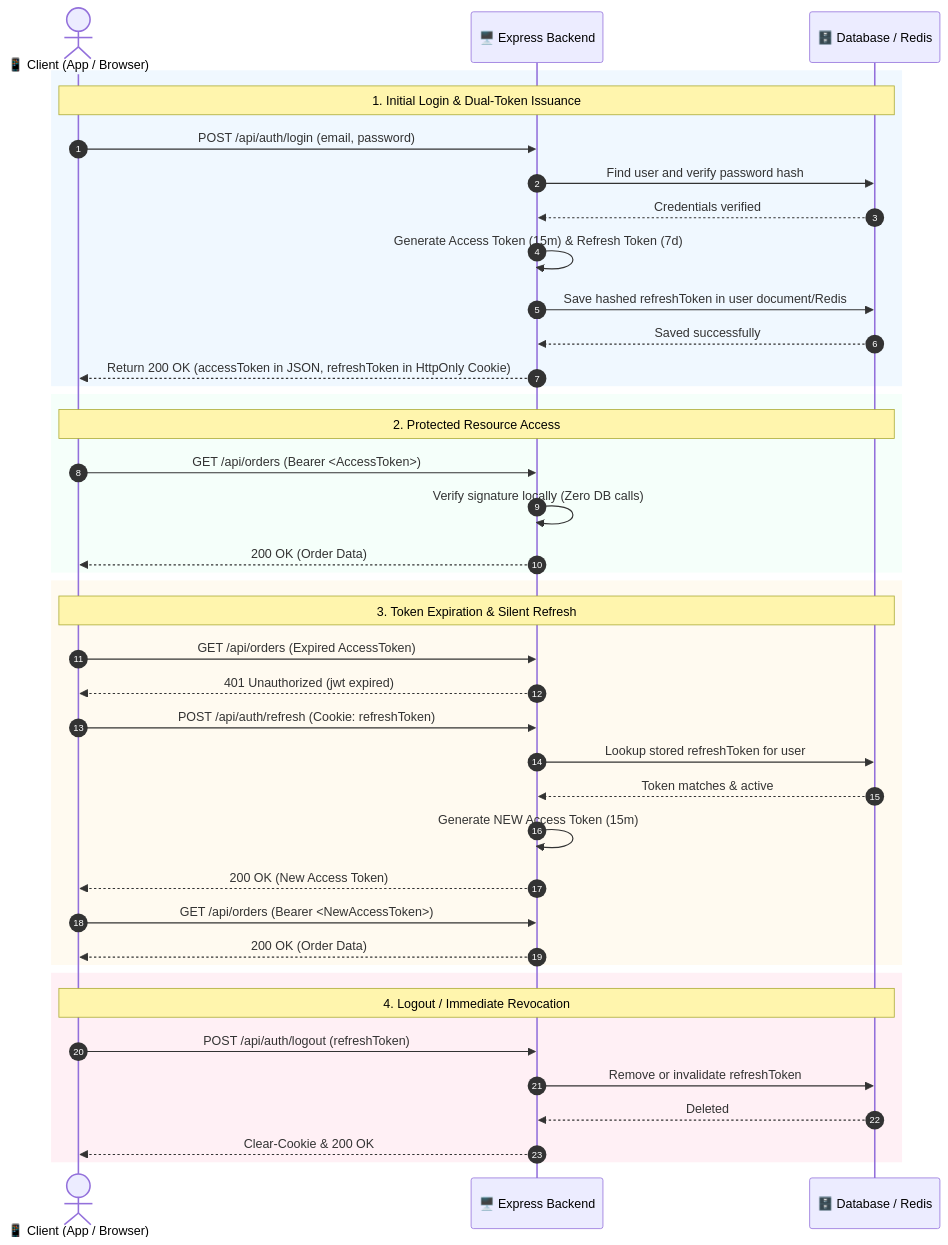
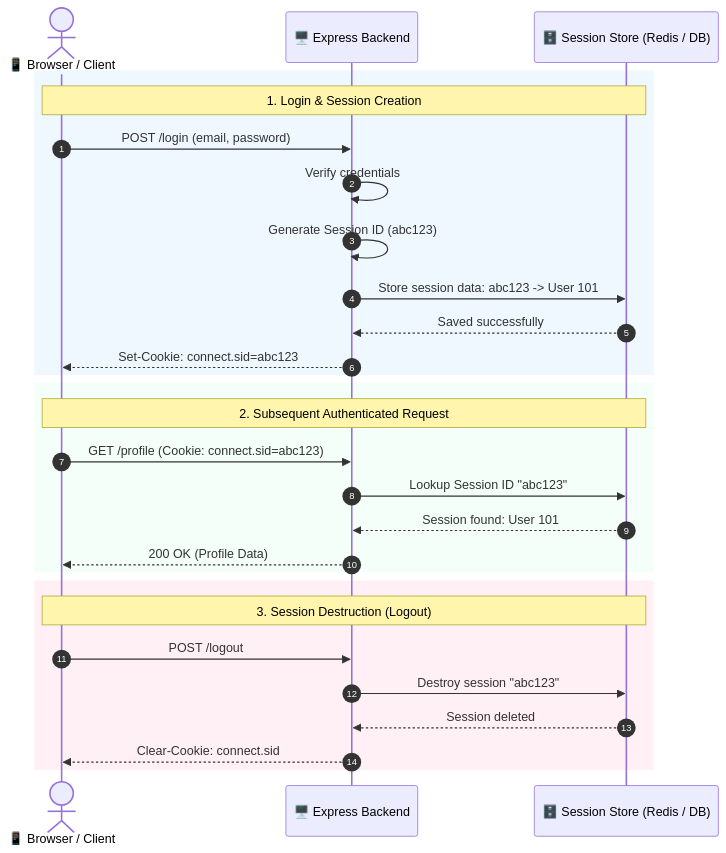
The third of 4 diagrams in Backend/Day-21-Refresh-Tokens-and-Session-Management/README.md (krishnagupta110094/Full-Stack-Developer-Notes), drawn with Mermaid before and after one commit. The commit also changed other lines of this file and 1 other file, not shown here.

Commit message:
docs(day-21): restore complete session-based authentication guide and questions

````diff
--- a/Backend/Day-21-Refresh-Tokens-and-Session-Management/README.md
+++ b/Backend/Day-21-Refresh-Tokens-and-Session-Management/README.md
@@ -71,46 +260,33 @@
 ```mermaid
 sequenceDiagram
     autonumber
-    actor Client as 📱 Client (App / Browser)
+    actor Client as 📱 Browser / Client
     participant Server as 🖥️ Express Backend
-    participant DB as 🗄️ Database / Redis
+    participant Store as 🗄️ Session Store (Redis / DB)
 
     rect rgb(240, 248, 255)
-    Note over Client,DB: 1. Initial Login & Dual-Token Issuance
-    Client->>Server: POST /api/auth/login (email, password)
-    Server->>DB: Find user and verify password hash
-    DB-->>Server: Credentials verified
-    Server->>Server: Generate Access Token (15m) & Refresh Token (7d)
-    Server->>DB: Save hashed refreshToken in user document/Redis
-    DB-->>Server: Saved successfully
-    Server-->>Client: Return 200 OK (accessToken in JSON, refreshToken in HttpOnly Cookie)
+    Note over Client,Store: 1. Login & Session Creation
+    Client->>Server: POST /login (email, password)
+    Server->>Server: Verify credentials
+    Server->>Server: Generate Session ID (abc123)
+    Server->>Store: Store session data: abc123 -> User 101
+    Store-->>Server: Saved successfully
+    Server-->>Client: Set-Cookie: connect.sid=abc123
     end
 
     rect rgb(245, 255, 250)
-    Note over Client,DB: 2. Protected Resource Access
-    Client->>Server: GET /api/orders (Bearer <AccessToken>)
-    Server->>Server: Verify signature locally (Zero DB calls)
-    Server-->>Client: 200 OK (Order Data)
-    end
-
-    rect rgb(255, 250, 240)
-    Note over Client,DB: 3. Token Expiration & Silent Refresh
-    Client->>Server: GET /api/orders (Expired AccessToken)
-    Server-->>Client: 401 Unauthorized (jwt expired)
-    Client->>Server: POST /api/auth/refresh (Cookie: refreshToken)
-    Server->>DB: Lookup stored refreshToken for user
-    DB-->>Server: Token matches & active
-    Server->>Server: Generate NEW Access Token (15m)
-    Server-->>Client: 200 OK (New Access Token)
-    Client->>Server: GET /api/orders (Bearer <NewAccessToken>)
-    Server-->>Client: 200 OK (Order Data)
+    Note over Client,Store: 2. Subsequent Authenticated Request
+    Client->>Server: GET /profile (Cookie: connect.sid=abc123)
+    Server->>Store: Lookup Session ID "abc123"
+    Store-->>Server: Session found: User 101
+    Server-->>Client: 200 OK (Profile Data)
     end
 
     rect rgb(255, 240, 245)
-    Note over Client,DB: 4. Logout / Immediate Revocation
-    Client->>Server: POST /api/auth/logout (refreshToken)
-    Server->>DB: Remove or invalidate refreshToken
-    DB-->>Server: Deleted
-    Server-->>Client: Clear-Cookie & 200 OK
+    Note over Client,Store: 3. Session Destruction (Logout)
+    Client->>Server: POST /logout
+    Server->>Store: Destroy session "abc123"
+    Store-->>Server: Session deleted
+    Server-->>Client: Clear-Cookie: connect.sid
     end
 ```
````
